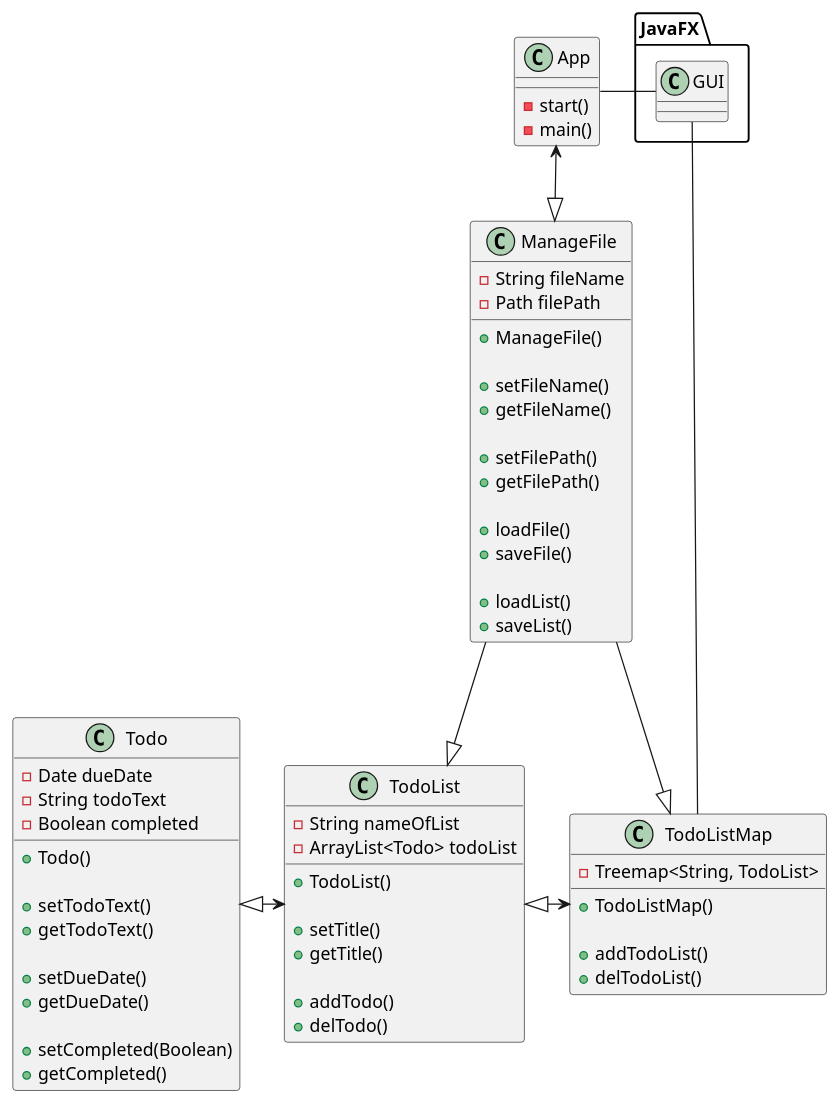
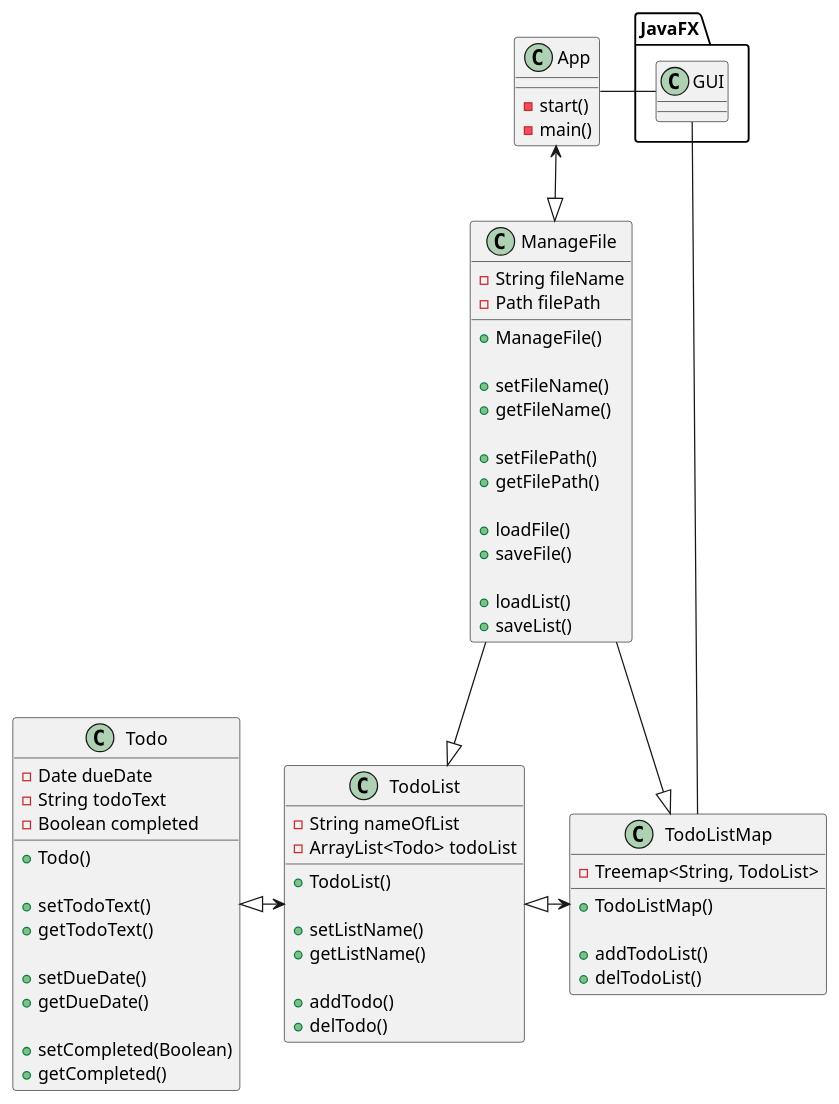
One commit to SlimyMonz/Java-Todo-App changed the diagram in uml/App.puml. Above: the diagram before and after it, drawn with PlantUML. The commit also changed 1 other file, not shown here.

```diff
--- a/uml/App.puml
+++ b/uml/App.puml
@@ -1,84 +1,84 @@
 @startuml
 'https://plantuml.com/class-diagram
 
 class App {
 
     -start()
     -main()
 }
 
 class ManageFile {
 
     -String fileName
     -Path filePath
 
     +ManageFile()
 
     +setFileName()
     +getFileName()
 
     +setFilePath()
     +getFilePath()
 
     +loadFile()
     +saveFile()
 
     +loadList()
     +saveList()
 
 }
 
 class TodoListMap {
     -Treemap<String, TodoList>
 
     +TodoListMap()
 
     +addTodoList()
     +delTodoList()
 }
 
 class TodoList {
     -String nameOfList
     -ArrayList<Todo> todoList
 
     +TodoList()
 
-    +setTitle()
-    +getTitle()
+    +setListName()
+    +getListName()
 
     +addTodo()
     +delTodo()
 }
 
 class Todo {
 
     -Date dueDate
     -String todoText
     -Boolean completed
 
     +Todo()
 
     +setTodoText()
     +getTodoText()
 
     +setDueDate()
     +getDueDate()
 
     +setCompleted(Boolean)
     +getCompleted()
 
 }
 
 
 JavaFX.GUI = App
 JavaFX.GUI = TodoListMap
 
 App <--|> ManageFile
 ManageFile --|> TodoListMap
 ManageFile --|> TodoList
 Todo <|-> TodoList
 TodoList <|-> TodoListMap
 
 
 
 @enduml
```
